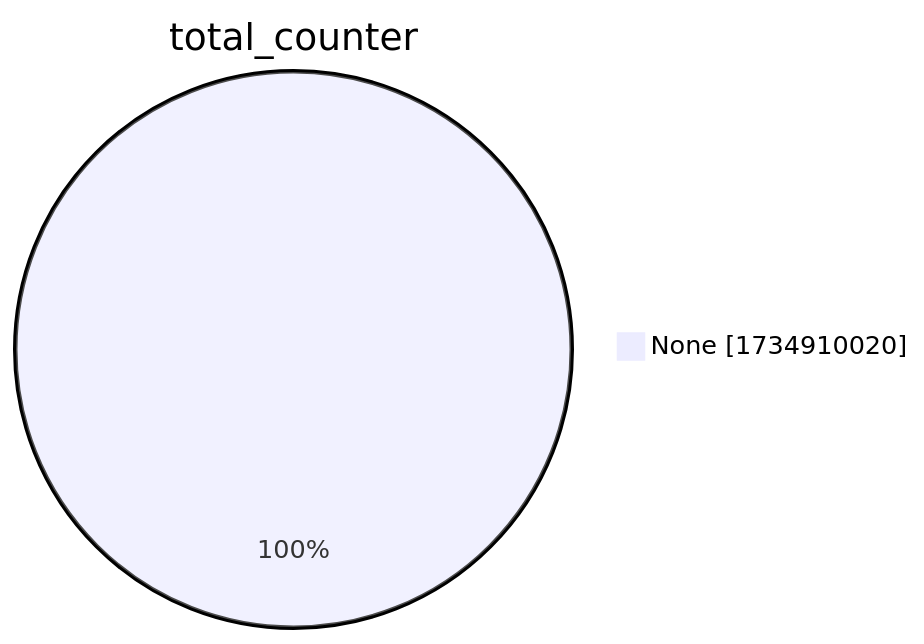
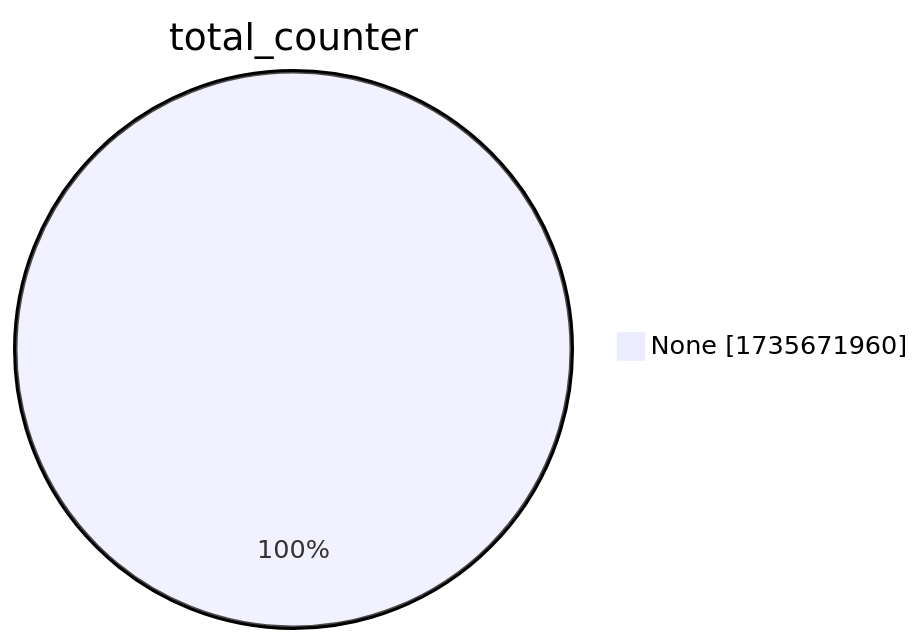
Before and after one commit to christiankrug/ctmonitor_visualization: the second of 15 diagrams in xenon2022/README.md, drawn with Mermaid. The commit also changed other lines of this file, not shown here.

````diff
--- a/xenon2022/README.md
+++ b/xenon2022/README.md
@@ -9,5 +9,5 @@
 ```mermaid
 pie showData
 title total_counter
-"None" :1734910020
+"None" :1735671960
 ```
````
